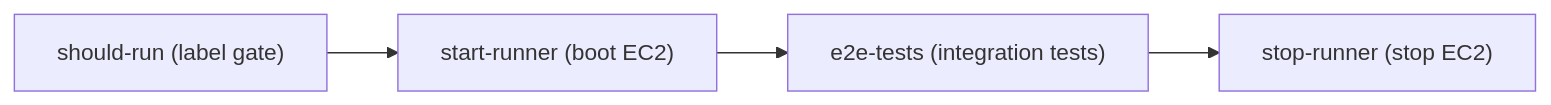
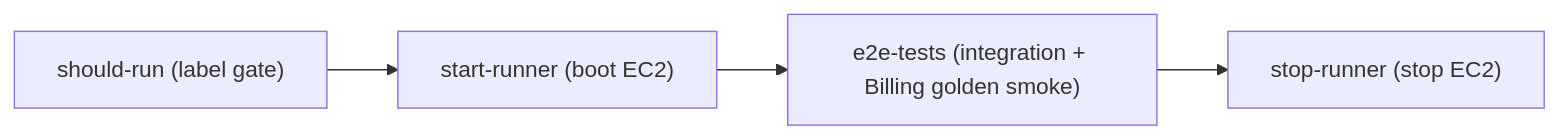
One commit to boxlite-ai/boxlite changed the diagram in docs/ci/e2e-local.md. Above: the diagram before and after it, drawn with Mermaid. The commit also changed other lines of this file and 18 other files, not shown here.

First line of the commit message:
test(billing): add golden-path metering smoke test

````diff
--- a/docs/ci/e2e-local.md
+++ b/docs/ci/e2e-local.md
@@ -20,6 +21,6 @@
 ```mermaid
 flowchart LR
   gate["should-run (label gate)"] --> start["start-runner (boot EC2)"]
-  start --> tests["e2e-tests (integration tests)"]
+  start --> tests["e2e-tests (integration + Billing golden smoke)"]
   tests --> stop["stop-runner (stop EC2)"]
 ```
````
